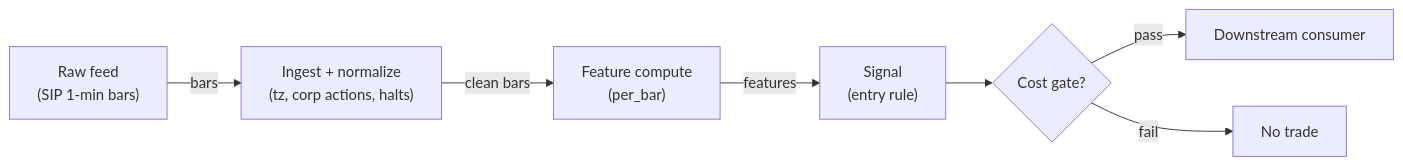
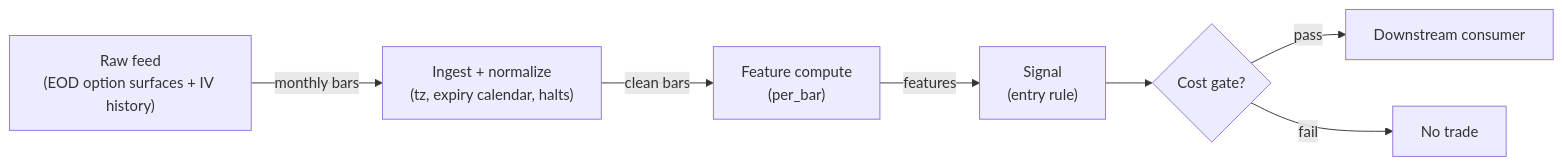
The diagram in modules/signals/S043.md (praveenguptahcl/quant-signals-deep), drawn with Mermaid before and after one commit. The commit also changed other lines of this file and 117 other files, not shown here.

````diff
--- a/modules/signals/S043.md
+++ b/modules/signals/S043.md
@@ -392,9 +410,9 @@
 ```mermaid
 flowchart LR
-    FEED["Raw feed<br/>(SIP 1-min bars)"] -->|bars| ING["Ingest + normalize<br/>(tz, corp actions, halts)"]
+    FEED["Raw feed<br/>(EOD option surfaces + IV history)"] -->|monthly bars| ING["Ingest + normalize<br/>(tz, expiry calendar, halts)"]
     ING -->|clean bars| FEAT["Feature compute<br/>(per_bar)"]
     FEAT -->|features| SIG["Signal<br/>(entry rule)"]
     SIG --> GATE{"Cost gate?"} 
     GATE -->|pass| OUT["Downstream consumer"]
     GATE -->|fail| DROP["No trade"]
 ```
````
